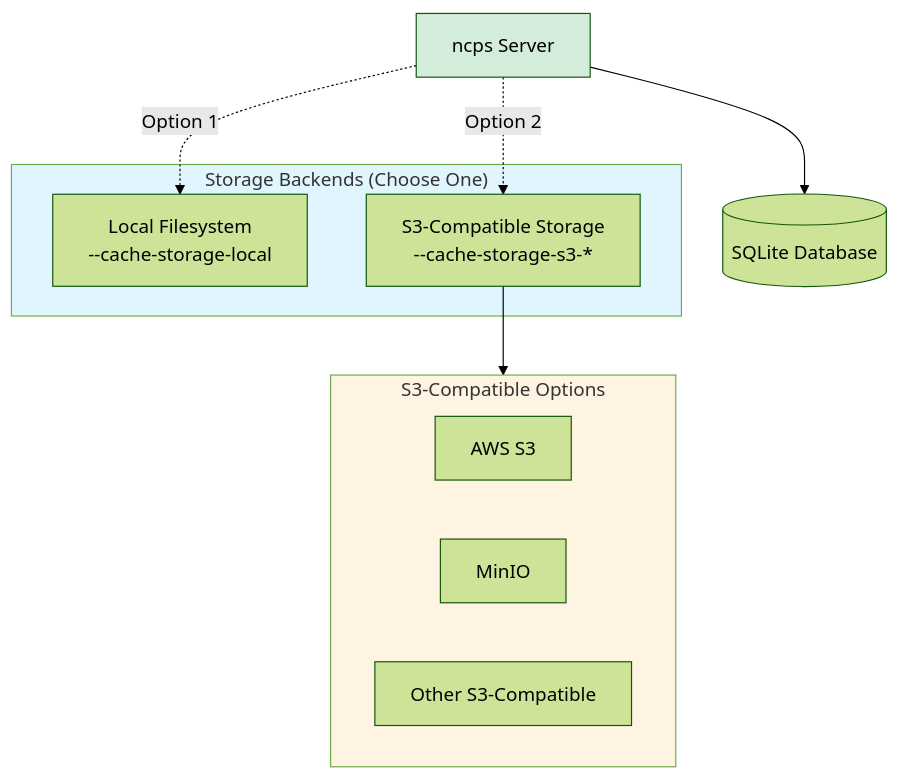
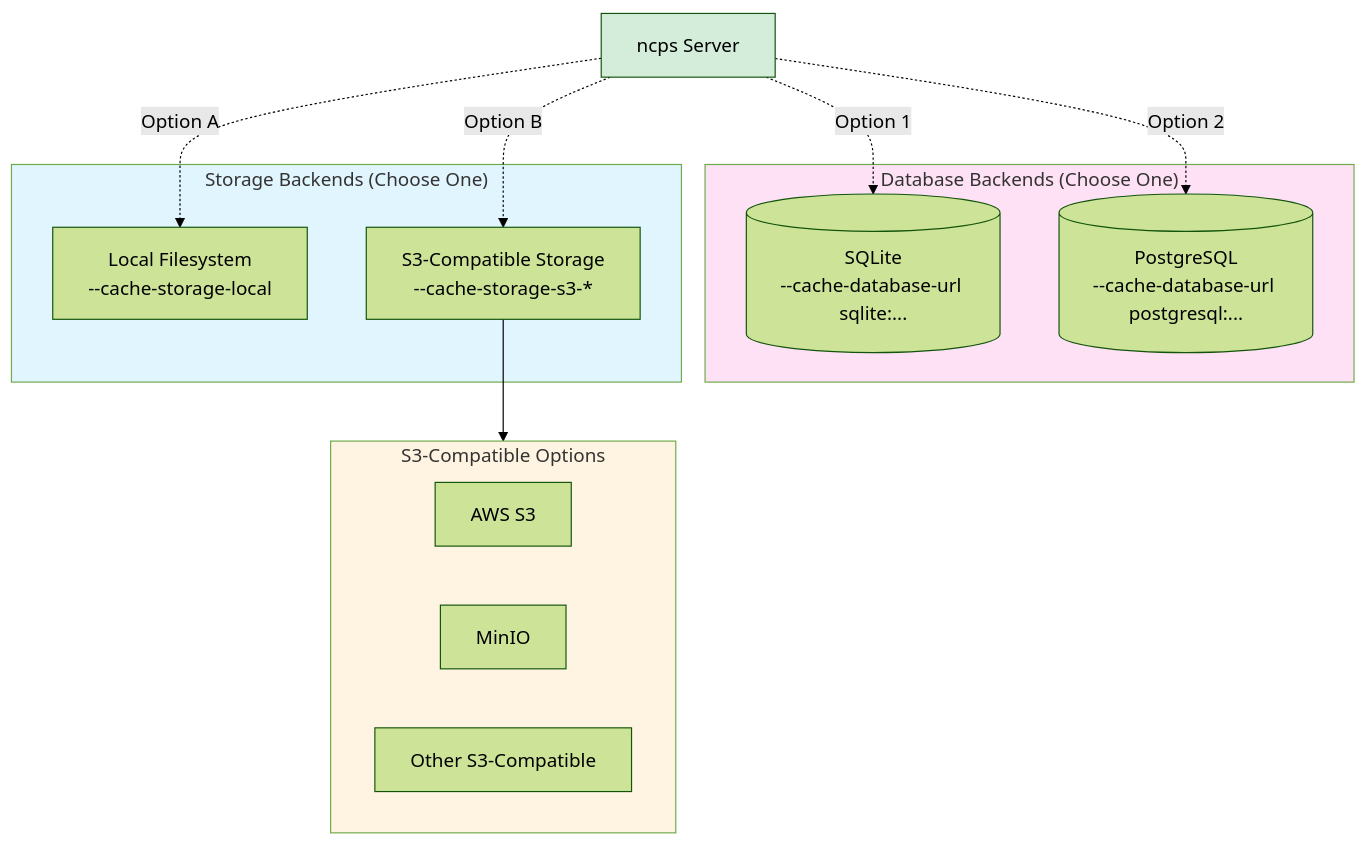
Before and after one commit to kalbasit/ncps: the second of 2 diagrams in README.md, drawn with Mermaid (forest theme). The commit also changed other lines of this file and 38 other files, not shown here.

````diff
--- a/README.md
+++ b/README.md
@@ -87,25 +87,31 @@
 ```mermaid
 graph TB
     NCPS[ncps Server]
-    DB[(SQLite Database)]
+
+    subgraph Database["Database Backends (Choose One)"]
+        SQLite[(SQLite<br/>--cache-database-url sqlite:...)]
+        Postgres[(PostgreSQL<br/>--cache-database-url postgresql:...)]
+    end
 
     subgraph Storage["Storage Backends (Choose One)"]
         Local[Local Filesystem<br/>--cache-storage-local]
         S3[S3-Compatible Storage<br/>--cache-storage-s3-*]
     end
 
     subgraph S3Detail["S3-Compatible Options"]
         AWS[AWS S3]
         MinIO[MinIO]
         Other[Other S3-Compatible]
     end
 
-    NCPS --> DB
-    NCPS -.->|Option 1| Local
-    NCPS -.->|Option 2| S3
+    NCPS -.->|Option 1| SQLite
+    NCPS -.->|Option 2| Postgres
+    NCPS -.->|Option A| Local
+    NCPS -.->|Option B| S3
     S3 --> S3Detail
 
+    style Database fill:#ffe1f5
     style Storage fill:#e1f5ff
     style S3Detail fill:#fff4e1
     style NCPS fill:#d4edda
 ```
````
